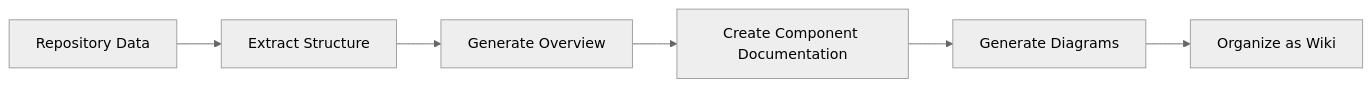
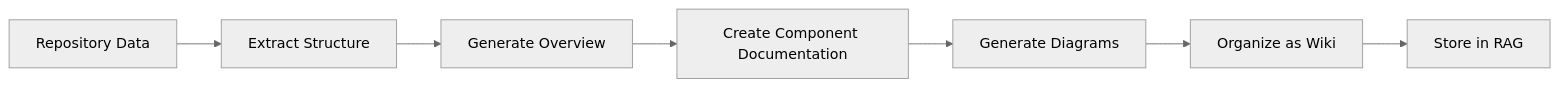
One commit to kienvu01/fpt_deepwiki changed the fifth of 8 diagrams in memory-bank/systemPatterns.md. Above: the diagram before and after it, drawn with Mermaid (neutral theme). The commit also changed other lines of this file and 19 other files, not shown here.

````diff
--- a/memory-bank/systemPatterns.md
+++ b/memory-bank/systemPatterns.md
@@ -170,8 +171,9 @@
 ```mermaid
 graph LR
     A[Repository Data] --> B[Extract Structure]
     B --> C[Generate Overview]
     C --> D[Create Component Documentation]
     D --> E[Generate Diagrams]
     E --> F[Organize as Wiki]
+    F --> G[Store in RAG]
 ```
````
